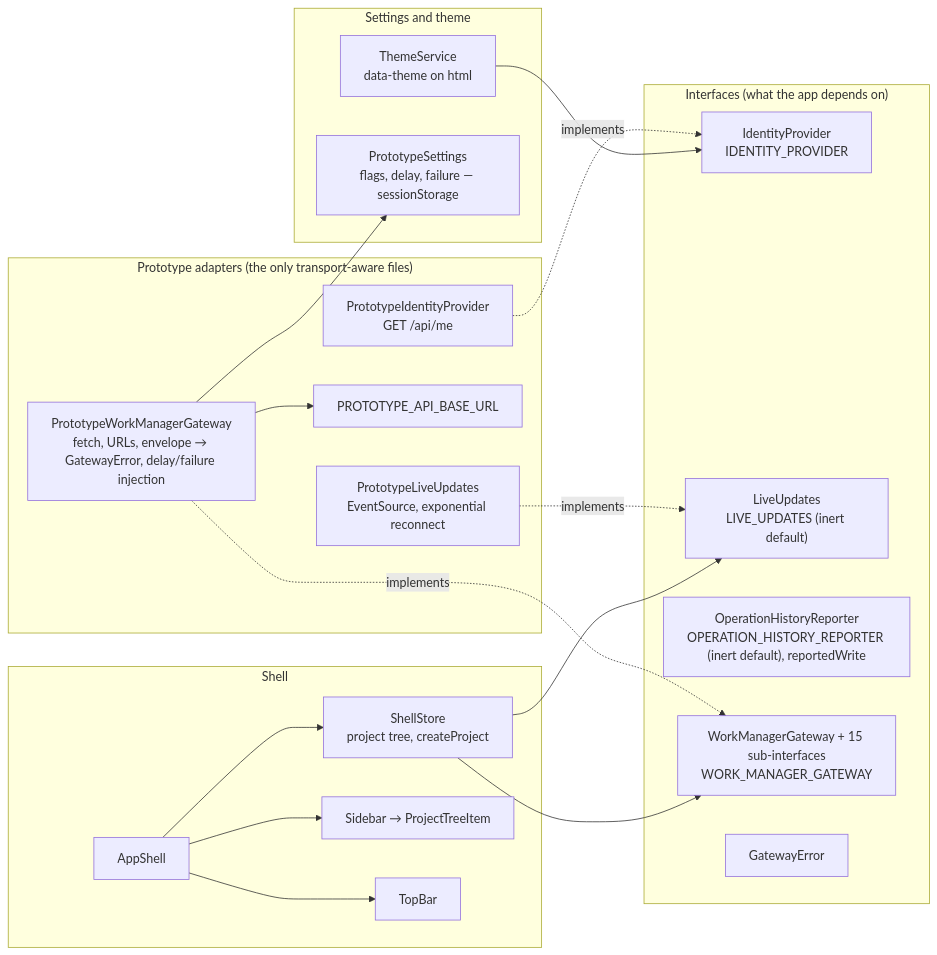
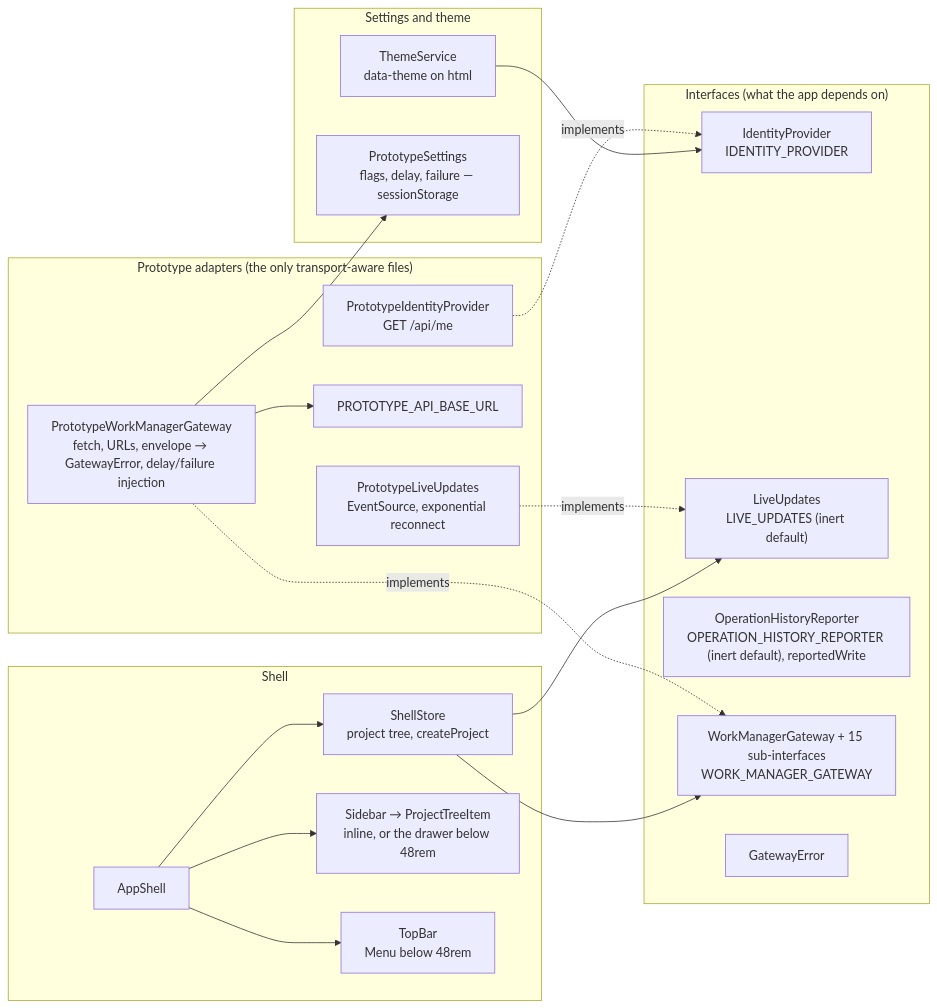
Before and after one commit to CalciteDragon/Canvas-work-manager-prototype: the first of 2 diagrams in docs/architecture/web/core/what.md, drawn with Mermaid. The commit also changed other lines of this file and 18 other files, not shown here.

````diff
--- a/docs/architecture/web/core/what.md
+++ b/docs/architecture/web/core/what.md
@@ -5,35 +5,35 @@
 ```mermaid
 flowchart LR
   subgraph ports["Interfaces (what the app depends on)"]
     id["IdentityProvider<br/>IDENTITY_PROVIDER"]
     lu["LiveUpdates<br/>LIVE_UPDATES (inert default)"]
     rep["OperationHistoryReporter<br/>OPERATION_HISTORY_REPORTER (inert default), reportedWrite"]
     gw["WorkManagerGateway + 15 sub-interfaces<br/>WORK_MANAGER_GATEWAY"]
     err["GatewayError"]
   end
   subgraph adapters["Prototype adapters (the only transport-aware files)"]
     pid["PrototypeIdentityProvider<br/>GET /api/me"]
     pgw["PrototypeWorkManagerGateway<br/>fetch, URLs, envelope → GatewayError, delay/failure injection"]
     cfg["PROTOTYPE_API_BASE_URL"]
     plu["PrototypeLiveUpdates<br/>EventSource, exponential reconnect"]
   end
   subgraph settings["Settings and theme"]
     th["ThemeService<br/>data-theme on html"]
     ps["PrototypeSettings<br/>flags, delay, failure — sessionStorage"]
   end
   subgraph shell["Shell"]
     as["AppShell"]
     ss["ShellStore<br/>project tree, createProject"]
-    sb["Sidebar → ProjectTreeItem"]
-    tb["TopBar"]
+    sb["Sidebar → ProjectTreeItem<br/>inline, or the drawer below 48rem"]
+    tb["TopBar<br/>Menu below 48rem"]
   end
   pgw -. implements .-> gw
   pid -. implements .-> id
   plu -. implements .-> lu
   pgw --> cfg
   pgw --> ps
   as --> ss --> gw
   ss --> lu
   as --> sb & tb
   th --> id
 ```
````
